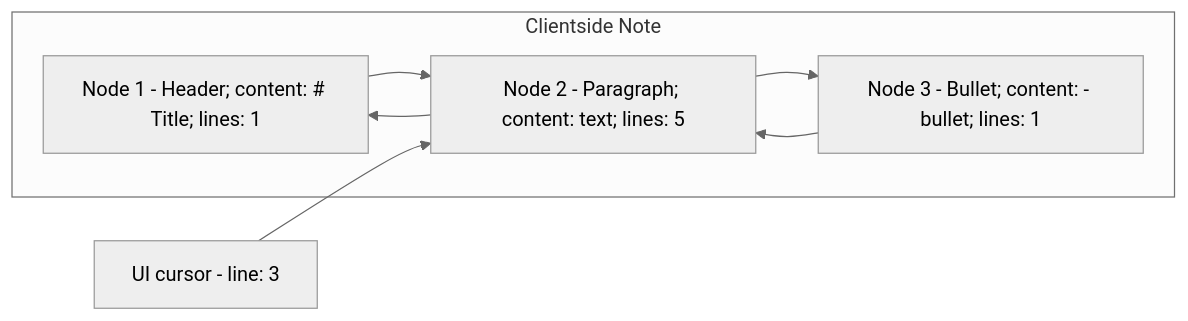
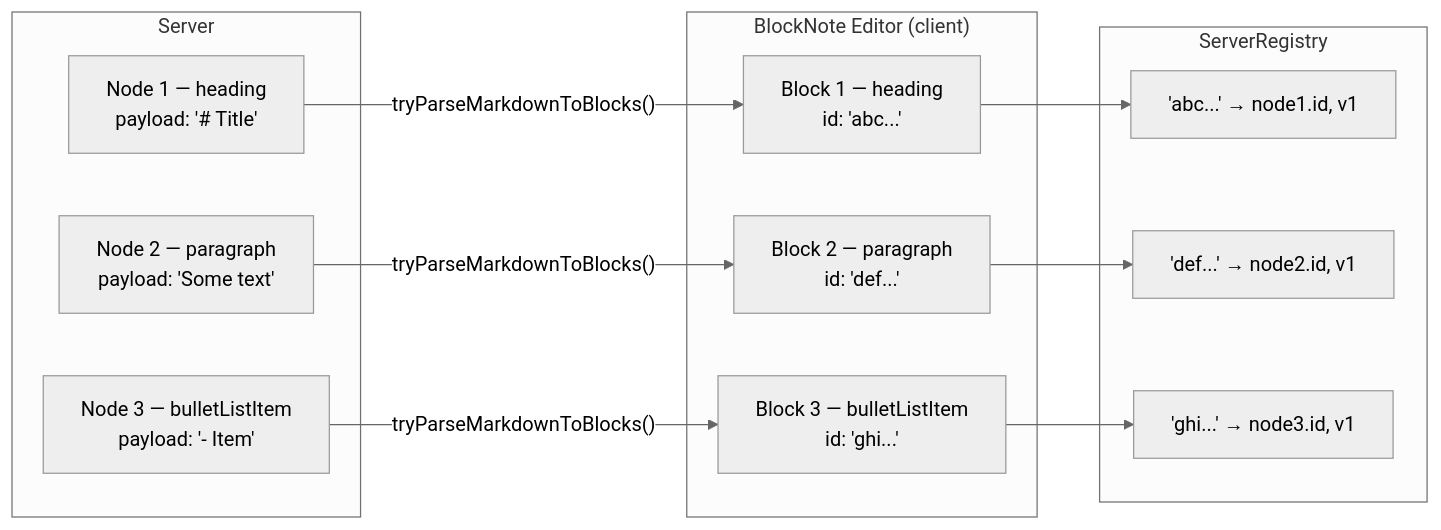
The diagram in docs/architecture/markdown.md (fpacifici/assistant), drawn with Mermaid (neutral theme) before and after one commit. The commit also changed other lines of this file and 20 other files, not shown here.

First line of the commit message:
feat: BlockNote WYSIWYG markdown editor (#31)

````diff
--- a/docs/architecture/markdown.md
+++ b/docs/architecture/markdown.md
@@ -51,17 +51,29 @@
 ```mermaid
 flowchart LR
 
-subgraph note["Clientside Note"]
-    node1["Node 1 - Header; content: # Title; lines: 1"]
-    node2["Node 2 - Paragraph; content: text; lines: 5"]
-    node3["Node 3 - Bullet; content: - bullet; lines: 1"]
+subgraph server["Server"]
+    node1["Node 1 — heading\npayload: '# Title'"]
+    node2["Node 2 — paragraph\npayload: 'Some text'"]
+    node3["Node 3 — bulletListItem\npayload: '- Item'"]
+end
 
-    node1 --> node2
-    node2 --> node3
-    node2 --> node1
-    node3 --> node2
+subgraph client["BlockNote Editor (client)"]
+    block1["Block 1 — heading\nid: 'abc...'"]
+    block2["Block 2 — paragraph\nid: 'def...'"]
+    block3["Block 3 — bulletListItem\nid: 'ghi...'"]
 end
-cursor["UI cursor - line: 3"]
 
-cursor --> node2
+subgraph registry["ServerRegistry"]
+    r1["'abc...' → node1.id, v1"]
+    r2["'def...' → node2.id, v1"]
+    r3["'ghi...' → node3.id, v1"]
+end
+
+node1 --"tryParseMarkdownToBlocks()"--> block1
+node2 --"tryParseMarkdownToBlocks()"--> block2
+node3 --"tryParseMarkdownToBlocks()"--> block3
+
+block1 --> r1
+block2 --> r2
+block3 --> r3
 ```
````
